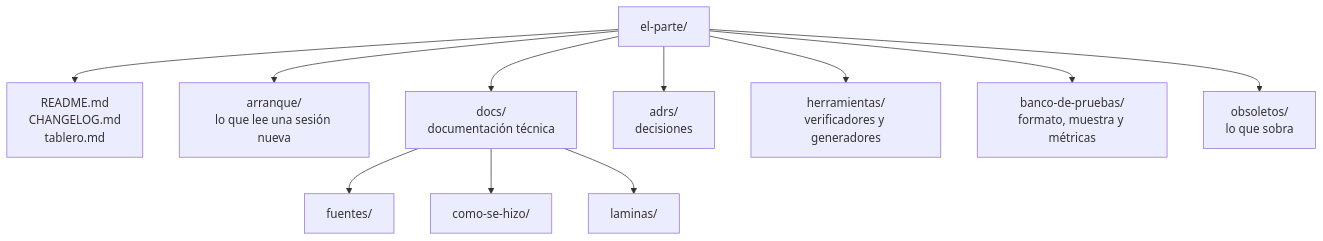
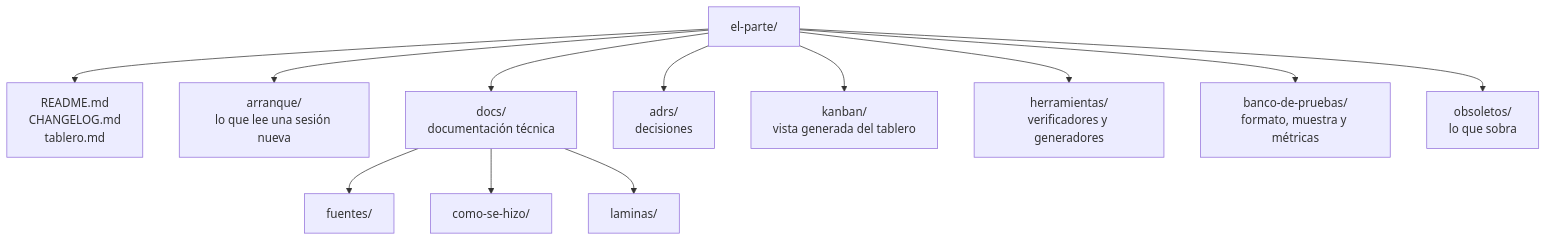
The diagram in arranque/mapa.md (andresdiegolanda/el-parte), drawn with Mermaid before and after one commit. The commit also changed other lines of this file and 15 other files, not shown here.

First line of the commit message:
Kanban generado desde el tablero, ADR 0001 y nombre definitivo

````diff
--- a/arranque/mapa.md
+++ b/arranque/mapa.md
@@ -5,13 +5,14 @@
 ```mermaid
 flowchart TD
     R[el-parte/] --> RM[README.md<br/>CHANGELOG.md<br/>tablero.md]
     R --> AR[arranque/<br/>lo que lee una sesión nueva]
     R --> DO[docs/<br/>documentación técnica]
     R --> AD[adrs/<br/>decisiones]
+    R --> KA[kanban/<br/>vista generada del tablero]
     R --> HE[herramientas/<br/>verificadores y generadores]
     R --> BP[banco-de-pruebas/<br/>formato, muestra y métricas]
     R --> OB[obsoletos/<br/>lo que sobra]
     DO --> DF[fuentes/]
     DO --> DC[como-se-hizo/]
     DO --> DL[laminas/]
 ```
````
